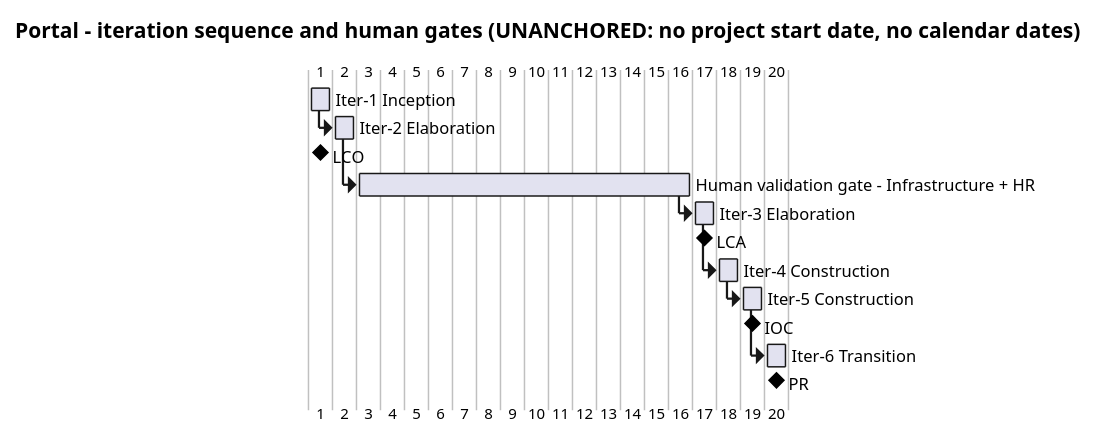
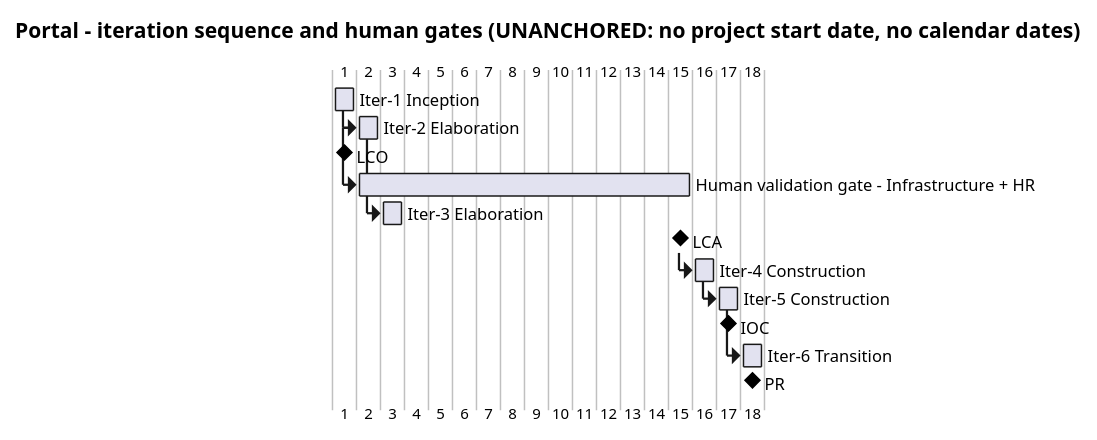
Before and after one commit to banense-test/portal: the first of 2 diagrams in docs/artifacts/project-management/iteration-plan.md, drawn with PlantUML. The commit also changed other lines of this file, not shown here.

````diff
--- a/docs/artifacts/project-management/iteration-plan.md
+++ b/docs/artifacts/project-management/iteration-plan.md
@@ -30,29 +30,32 @@
 ```plantuml
 @startgantt
 title Portal - iteration sequence and human gates (UNANCHORED: no project start date, no calendar dates)
 [Iter-1 Inception] lasts 1 day
 [Iter-2 Elaboration] lasts 1 day
 [Iter-2 Elaboration] starts at [Iter-1 Inception]'s end
 [LCO] happens at [Iter-1 Inception]'s end
 [Human validation gate - Infrastructure + HR] lasts 14 days
-[Human validation gate - Infrastructure + HR] starts at [Iter-2 Elaboration]'s end
+[Human validation gate - Infrastructure + HR] starts at [Iter-2 Elaboration]'s start
 [Iter-3 Elaboration] lasts 1 day
-[Iter-3 Elaboration] starts at [Human validation gate - Infrastructure + HR]'s end
-[LCA] happens at [Iter-3 Elaboration]'s end
+[Iter-3 Elaboration] starts at [Iter-2 Elaboration]'s end
+[LCA] happens at [Human validation gate - Infrastructure + HR]'s end
 [Iter-4 Construction] lasts 1 day
-[Iter-4 Construction] starts at [Iter-3 Elaboration]'s end
+[Iter-4 Construction] starts at [LCA]'s end
 [Iter-5 Construction] lasts 1 day
 [Iter-5 Construction] starts at [Iter-4 Construction]'s end
 [IOC] happens at [Iter-5 Construction]'s end
 [Iter-6 Transition] lasts 1 day
 [Iter-6 Transition] starts at [Iter-5 Construction]'s end
 [PR] happens at [Iter-6 Transition]'s end
 note bottom
   Iteration bars carry a 1-day placeholder for ORDERING ONLY:
   no iteration duration has been measured, so none is stated.
-  The only declared duration here is the human gate's 14-day
-  ceiling (CON-021, CON-028) - days of queue time, reported
+  The human gate runs IN PARALLEL with Iter-2 and Iter-3 - the
+  team's work does not wait on it, every use case is built and
+  tested against the stand-ins (CON-028). LCA closes when both
+  the architecture baseline is stable and the validation feedback
+  has arrived. The gate's 14 days are days of QUEUE TIME, reported
   apart from agent time and never added to it.
 end note
 @endgantt
 ```
````
